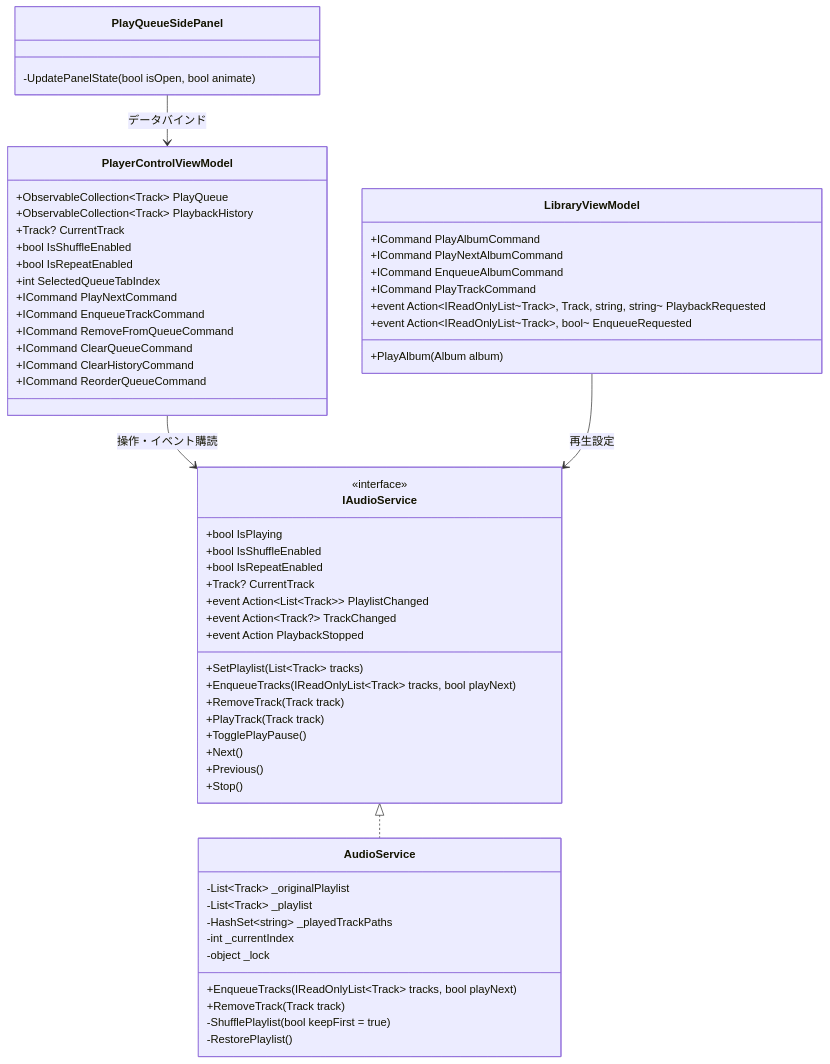
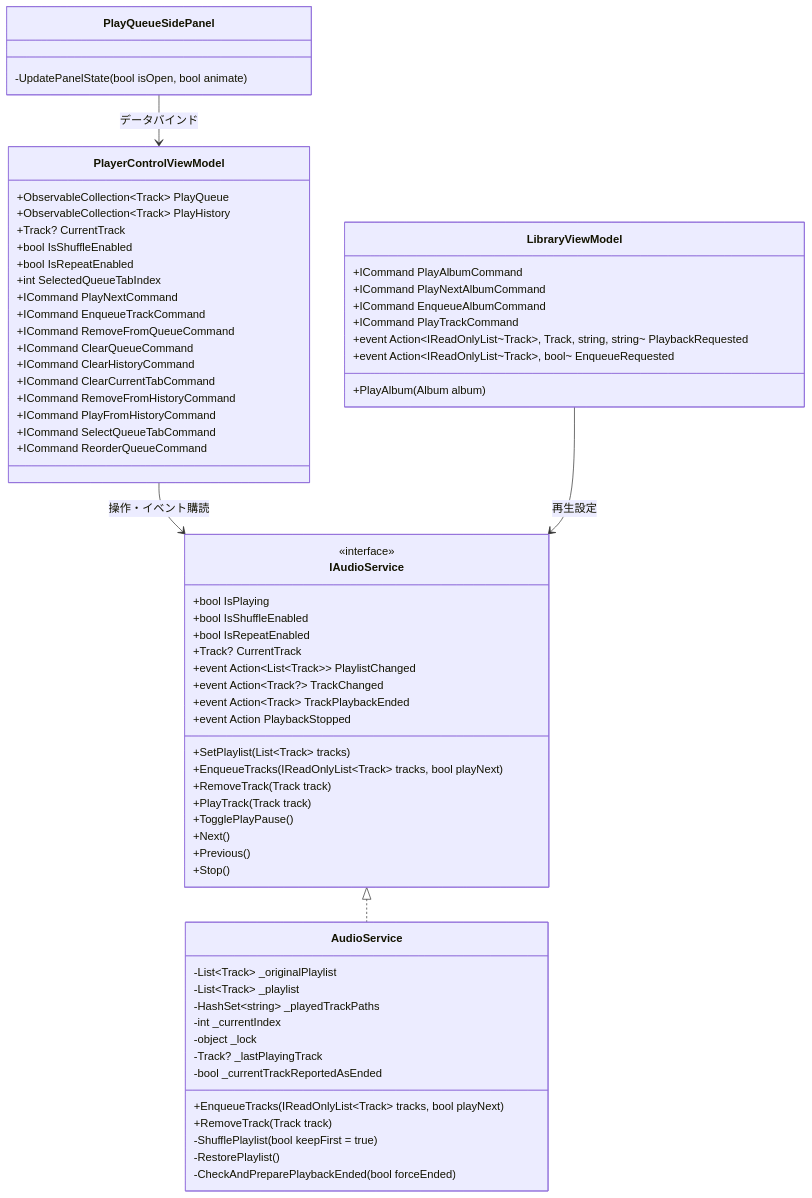
Before and after one commit to taketonnbo/Audio_Effector: the first of 5 diagrams in 設計/詳細設計/再生キュー.md, drawn with Mermaid. The commit also changed other lines of this file and 1 other file, not shown here.

````diff
--- a/設計/詳細設計/再生キュー.md
+++ b/設計/詳細設計/再生キュー.md
@@ -16,67 +16,75 @@
 ```mermaid
 classDiagram
     class IAudioService {
         <<interface>>
         +bool IsPlaying
         +bool IsShuffleEnabled
         +bool IsRepeatEnabled
         +Track? CurrentTrack
         +event Action~List~Track~~ PlaylistChanged
         +event Action~Track?~ TrackChanged
+        +event Action~Track~ TrackPlaybackEnded
         +event Action PlaybackStopped
         +SetPlaylist(List~Track~ tracks)
         +EnqueueTracks(IReadOnlyList~Track~ tracks, bool playNext)
         +RemoveTrack(Track track)
         +PlayTrack(Track track)
         +TogglePlayPause()
         +Next()
         +Previous()
         +Stop()
     }
 
     class AudioService {
         -List~Track~ _originalPlaylist
         -List~Track~ _playlist
         -HashSet~string~ _playedTrackPaths
         -int _currentIndex
         -object _lock
+        -Track? _lastPlayingTrack
+        -bool _currentTrackReportedAsEnded
         +EnqueueTracks(IReadOnlyList~Track~ tracks, bool playNext)
         +RemoveTrack(Track track)
         -ShufflePlaylist(bool keepFirst = true)
         -RestorePlaylist()
+        -CheckAndPreparePlaybackEnded(bool forceEnded)
     }
 
     class PlayerControlViewModel {
         +ObservableCollection~Track~ PlayQueue
-        +ObservableCollection~Track~ PlaybackHistory
+        +ObservableCollection~Track~ PlayHistory
         +Track? CurrentTrack
         +bool IsShuffleEnabled
         +bool IsRepeatEnabled
         +int SelectedQueueTabIndex
         +ICommand PlayNextCommand
         +ICommand EnqueueTrackCommand
         +ICommand RemoveFromQueueCommand
         +ICommand ClearQueueCommand
         +ICommand ClearHistoryCommand
+        +ICommand ClearCurrentTabCommand
+        +ICommand RemoveFromHistoryCommand
+        +ICommand PlayFromHistoryCommand
+        +ICommand SelectQueueTabCommand
         +ICommand ReorderQueueCommand
     }
 
     class LibraryViewModel {
         +ICommand PlayAlbumCommand
         +ICommand PlayNextAlbumCommand
         +ICommand EnqueueAlbumCommand
         +ICommand PlayTrackCommand
         +PlayAlbum(Album album)
         +event Action~IReadOnlyList~Track~, Track, string, string~ PlaybackRequested
         +event Action~IReadOnlyList~Track~, bool~ EnqueueRequested
     }
 
     class PlayQueueSidePanel {
         -UpdatePanelState(bool isOpen, bool animate)
     }
 
     IAudioService <|.. AudioService
     PlayerControlViewModel --> IAudioService : 操作・イベント購読
     LibraryViewModel --> IAudioService : 再生設定
     PlayQueueSidePanel --> PlayerControlViewModel : データバインド
 ```
````
